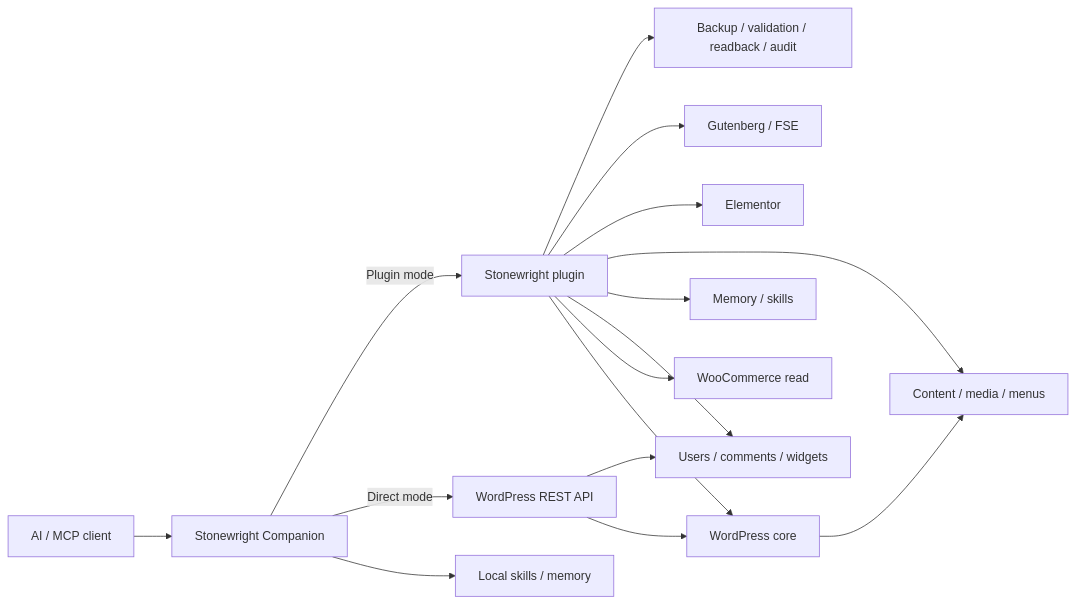
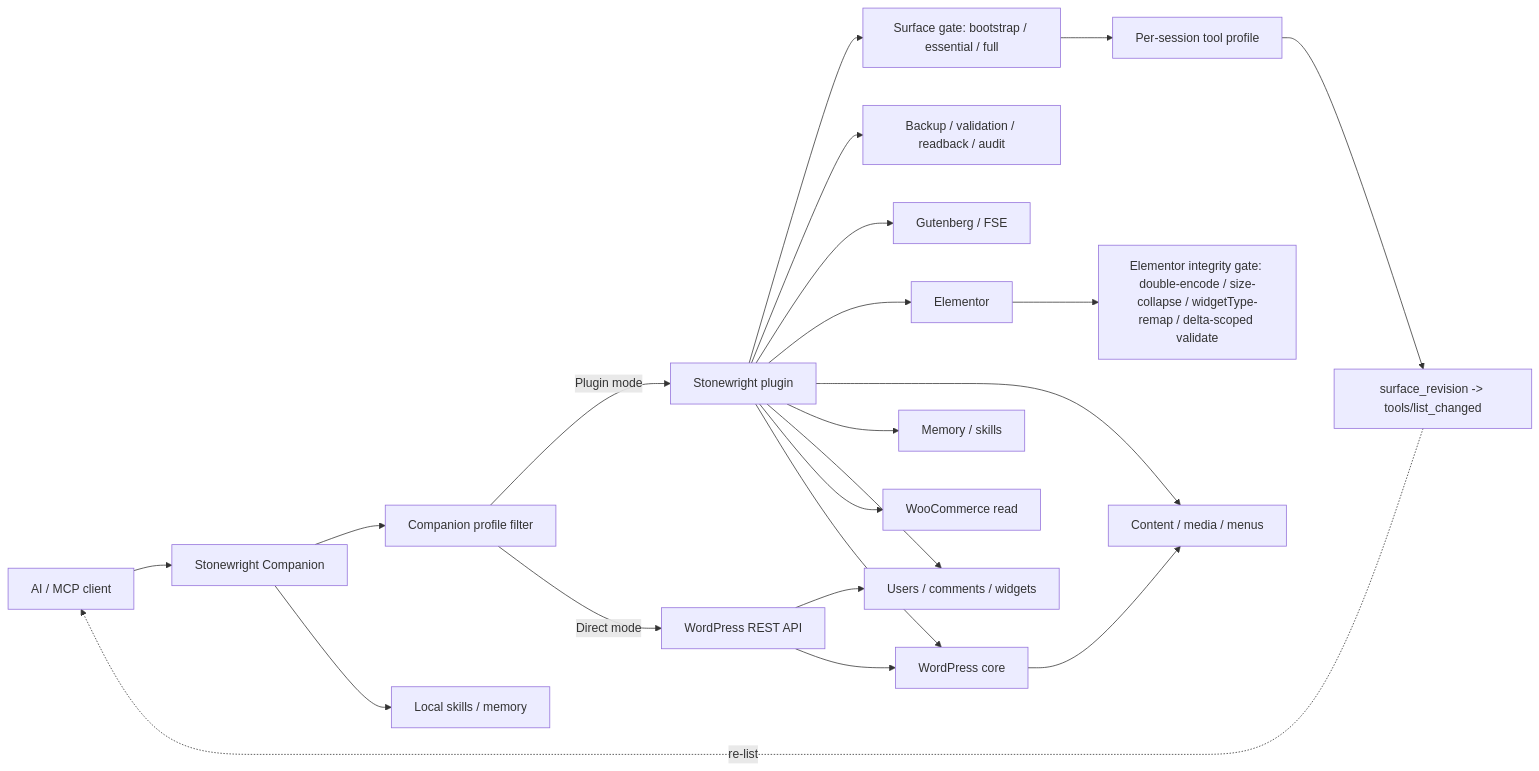
One commit to cosmincraciun97/stonewright-wp-mcp changed the diagram in README.md. Above: the diagram before and after it, drawn with Mermaid. The commit also changed other lines of this file and 7 other files, not shown here.

Commit message:
docs: recovery runbook, README architecture diagram, capped-client guidance, changelogs

````diff
--- a/README.md
+++ b/README.md
@@ -231,31 +231,42 @@
 ```mermaid
 flowchart LR
   Client[AI / MCP client]
   Companion[Stonewright Companion]
+  CompFilter[Companion profile filter]
   Plugin[Stonewright plugin]
+  Surface[Surface gate: bootstrap / essential / full]
+  Session[Per-session tool profile]
+  Rev[surface_revision -> tools/list_changed]
   REST[WordPress REST API]
   WP[WordPress core]
   Guten[Gutenberg / FSE]
   Elem[Elementor]
+  Integrity[Elementor integrity gate: double-encode / size-collapse / widgetType-remap / delta-scoped validate]
   Content[Content / media / menus]
   Mem[Memory / skills]
   Users[Users / comments / widgets]
   WC[WooCommerce read]
   Gates[Backup / validation / readback / audit]
 
   Client --> Companion
-  Companion -->|Plugin mode| Plugin
-  Companion -->|Direct mode| REST
+  Companion --> CompFilter
+  CompFilter -->|Plugin mode| Plugin
+  CompFilter -->|Direct mode| REST
   Companion --> Skills[Local skills / memory]
+  Plugin --> Surface
+  Surface --> Session
+  Session --> Rev
+  Rev -. re-list .-> Client
   Plugin --> Gates
   Plugin --> Guten
   Plugin --> Elem
+  Elem --> Integrity
   Plugin --> Content
   Plugin --> Mem
   Plugin --> Users
   Plugin --> WC
   REST --> Users
   REST --> WP
   WP --> Content
   Plugin --> WP
 ```
````
